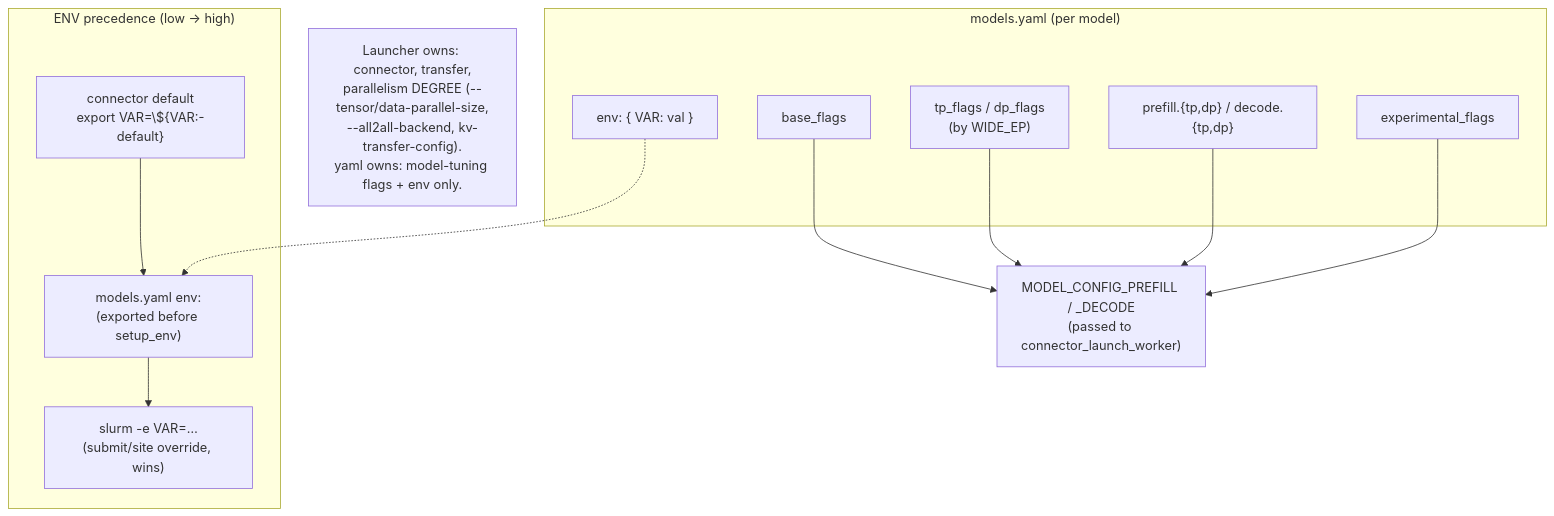
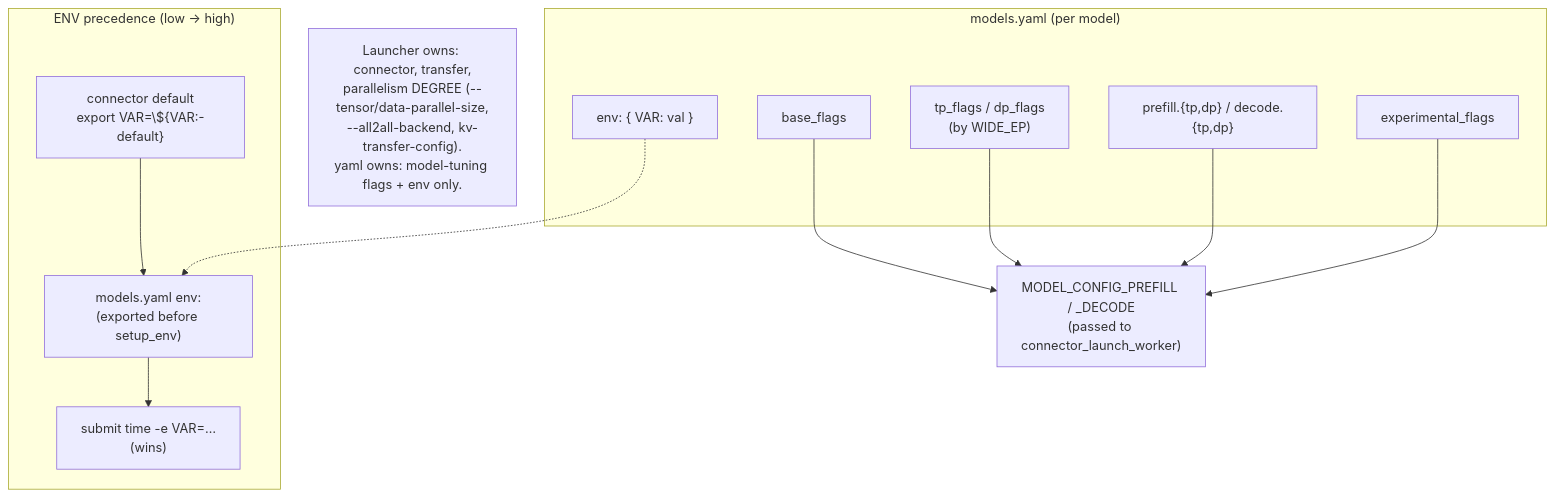
Before and after one commit to ROCm/MAD: the sixth of 7 diagrams in docs/multinode-overview.md, drawn with Mermaid. The commit also changed other lines of this file and 15 other files, not shown here.

````diff
--- a/docs/multinode-overview.md
+++ b/docs/multinode-overview.md
@@ -550,18 +570,18 @@
 ```mermaid
 flowchart TD
     subgraph yamlcat["models.yaml (per model)"]
         bf["base_flags"]
         mf["tp_flags / dp_flags\n(by WIDE_EP)"]
         rf["prefill.{tp,dp} / decode.{tp,dp}"]
         ef["experimental_flags"]
         envb["env: { VAR: val }"]
     end
     bf & mf & rf & ef --> compose["MODEL_CONFIG_PREFILL / _DECODE\n(passed to connector_launch_worker)"]
 
     subgraph envlayer["ENV precedence (low → high)"]
-        c1["connector default\nexport VAR=\${VAR:-default}"] --> c2["models.yaml env:\n(exported before setup_env)"] --> c3["slurm -e VAR=…\n(submit/site override, wins)"]
+        c1["connector default\nexport VAR=\${VAR:-default}"] --> c2["models.yaml env:\n(exported before setup_env)"] --> c3["submit time -e VAR=…\n(wins)"]
     end
     envb -.-> c2
 
     note["Launcher owns: connector, transfer,\nparallelism DEGREE (--tensor/data-parallel-size,\n--all2all-backend, kv-transfer-config).\nyaml owns: model-tuning flags + env only."]
 ```
````
